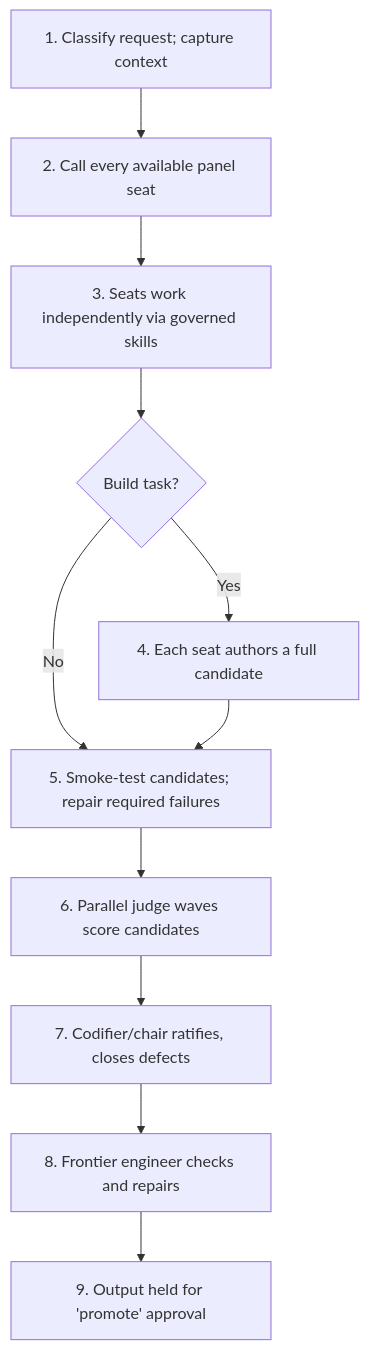
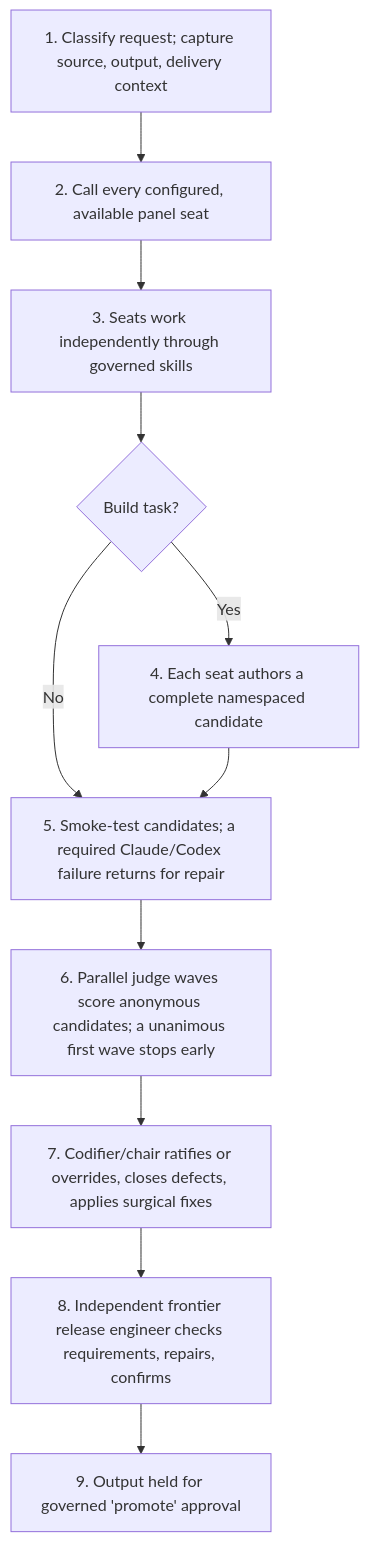
Before and after one commit to Digitalgods2/gangof8: the second of 3 diagrams in README.md, drawn with Mermaid. The commit also changed other lines of this file, not shown here.

First line of the commit message:
fix: use Mermaid markdown-string labels to stop node truncation

````diff
--- a/README.md
+++ b/README.md
@@ -138,13 +138,13 @@
 ```mermaid
 flowchart TD
-    S1["1. Classify request; capture context"] --> S2["2. Call every available panel seat"]
-    S2 --> S3["3. Seats work independently via governed skills"]
-    S3 --> S4{"Build task?"}
-    S4 -->|Yes| S5["4. Each seat authors a full candidate"]
+    S1["`1. Classify request; capture source, output, delivery context`"] --> S2["`2. Call every configured, available panel seat`"]
+    S2 --> S3["`3. Seats work independently through governed skills`"]
+    S3 --> S4{"`Build task?`"}
+    S4 -->|Yes| S5["`4. Each seat authors a complete namespaced candidate`"]
     S4 -->|No| S6
-    S5 --> S6["5. Smoke-test candidates; repair required failures"]
-    S6 --> S7["6. Parallel judge waves score candidates"]
-    S7 --> S8["7. Codifier/chair ratifies, closes defects"]
-    S8 --> S9["8. Frontier engineer checks and repairs"]
-    S9 --> S10["9. Output held for 'promote' approval"]
+    S5 --> S6["`5. Smoke-test candidates; a required Claude/Codex failure returns for repair`"]
+    S6 --> S7["`6. Parallel judge waves score anonymous candidates; a unanimous first wave stops early`"]
+    S7 --> S8["`7. Codifier/chair ratifies or overrides, closes defects, applies surgical fixes`"]
+    S8 --> S9["`8. Independent frontier release engineer checks requirements, repairs, confirms`"]
+    S9 --> S10["`9. Output held for governed 'promote' approval`"]
 ```
````
